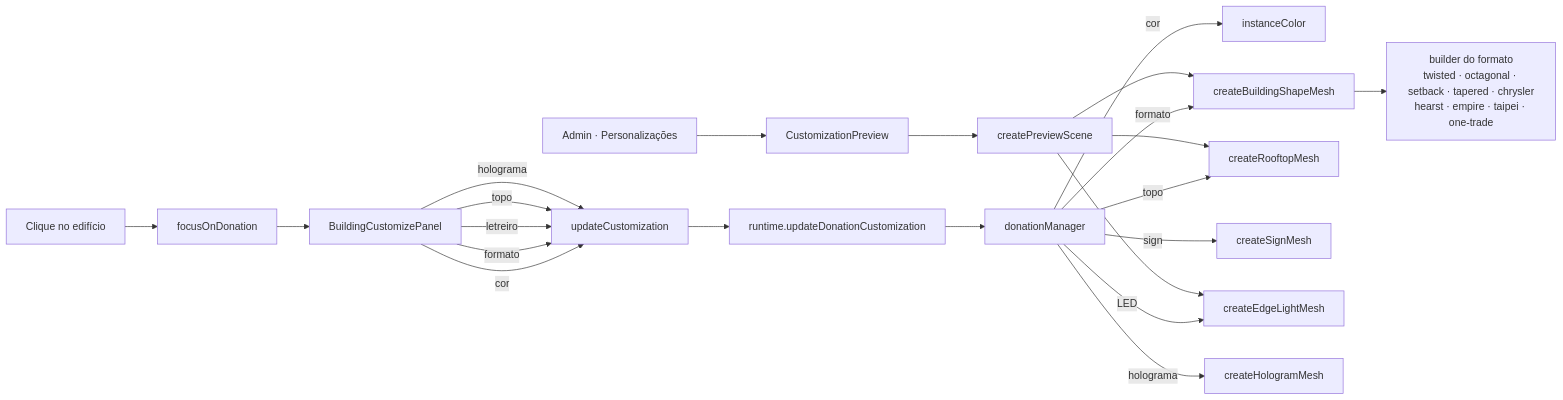
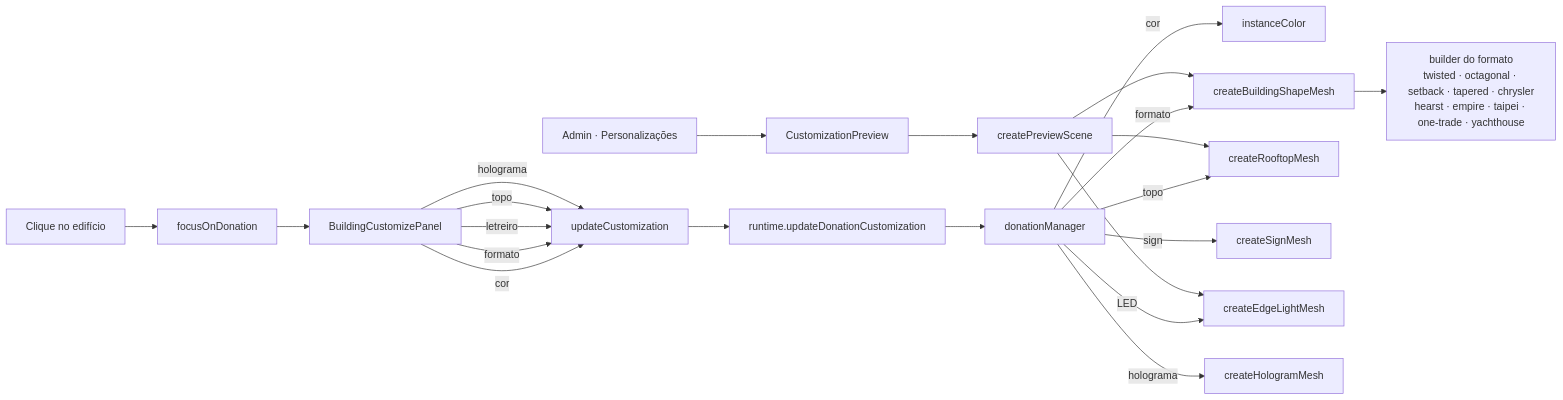
Before and after one commit to RaeII/cidoa: the second of 2 diagrams in doc/index.md, drawn with Mermaid. The commit also changed other lines of this file and 12 other files, not shown here.

````diff
--- a/doc/index.md
+++ b/doc/index.md
@@ -302,24 +304,24 @@
 ```mermaid
 flowchart LR
     Click[Clique no edifício] --> Focus[focusOnDonation]
     Focus --> Panel[BuildingCustomizePanel]
     Panel --> |cor| UC[updateCustomization]
     Panel --> |formato| UC
     Panel --> |letreiro| UC
     Panel --> |topo| UC
     Panel --> |holograma| UC
     UC --> Runtime[runtime.updateDonationCustomization]
     Runtime --> DM[donationManager]
     DM --> |cor| IC[instanceColor]
     DM --> |formato| BS[createBuildingShapeMesh]
-    BS --> SH["builder do formato<br/>twisted · octagonal · setback · tapered · chrysler<br/>hearst · empire · taipei · one-trade"]
+    BS --> SH["builder do formato<br/>twisted · octagonal · setback · tapered · chrysler<br/>hearst · empire · taipei · one-trade · yachthouse"]
     DM --> |topo| RM[createRooftopMesh]
     DM --> |sign| SM[createSignMesh]
     DM --> |LED| EL[createEdgeLightMesh]
     DM --> |holograma| HM[createHologramMesh]
     Admin[Admin · Personalizações] --> CP[CustomizationPreview]
     CP --> PS[createPreviewScene]
     PS --> BS
     PS --> RM
     PS --> EL
 ```
````
